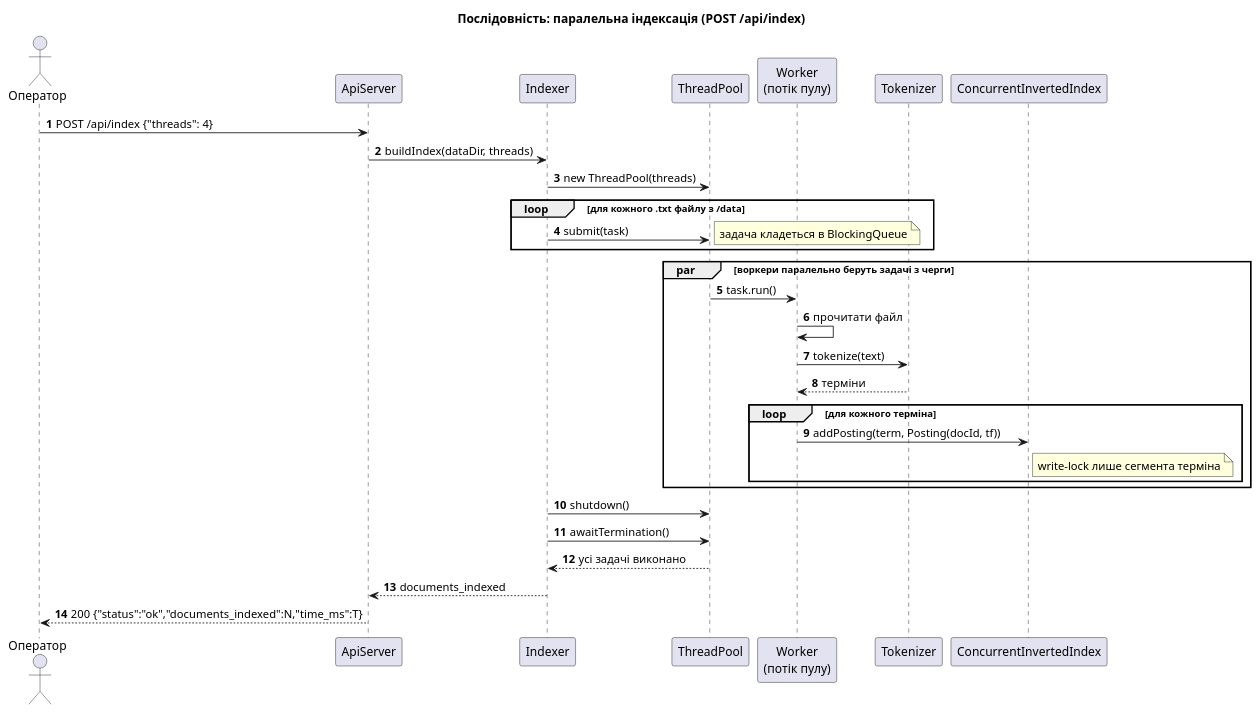
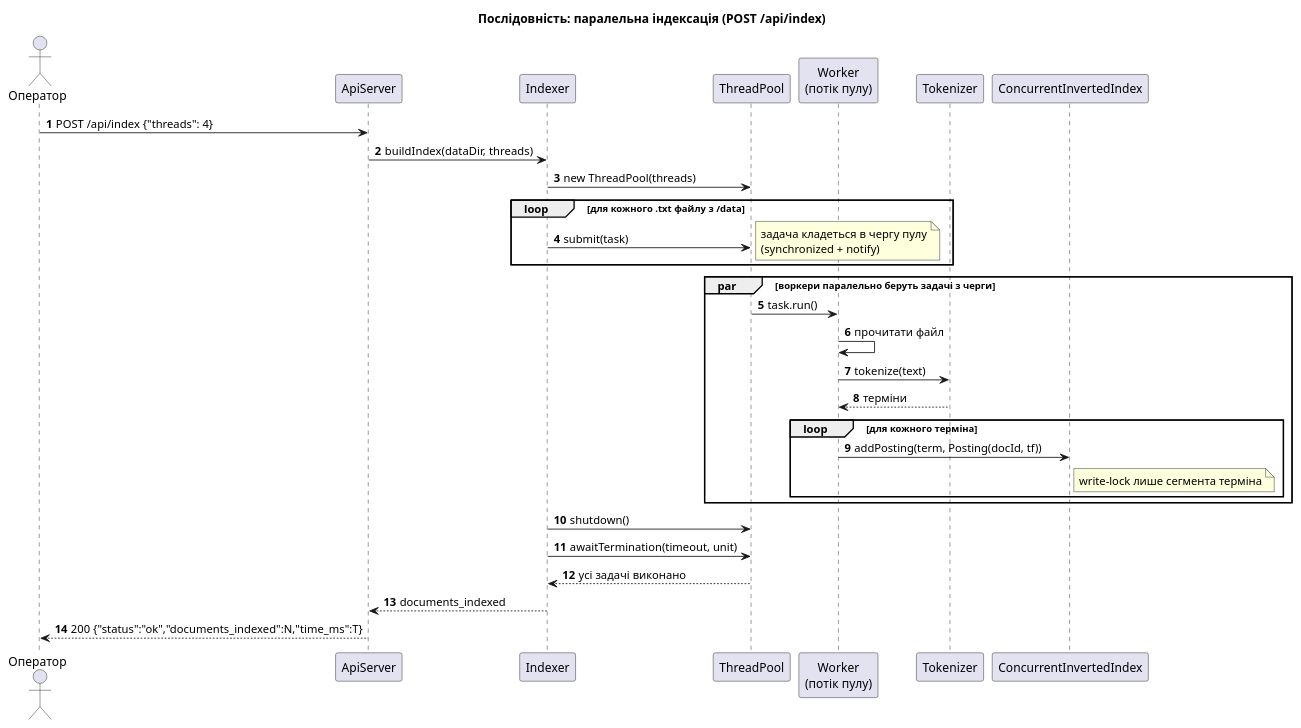
One commit to V-LP/Parallel-Computing-CW changed the diagram in docs/uml/sequence-index.puml. Above: the diagram before and after it, drawn with PlantUML. The commit also changed 1 other file, not shown here.

Commit message:
docs(uml): update ThreadPool signatures in class and index diagrams

```diff
--- a/docs/uml/sequence-index.puml
+++ b/docs/uml/sequence-index.puml
@@ -1,41 +1,41 @@
 @startuml sequence-index
 title Послідовність: паралельна індексація (POST /api/index)
 
 skinparam shadowing false
 autonumber
 
 actor "Оператор" as Operator
 participant ApiServer
 participant Indexer
 participant ThreadPool
 participant "Worker\n(потік пулу)" as Worker
 participant Tokenizer
 participant ConcurrentInvertedIndex as Index
 
 Operator -> ApiServer : POST /api/index {"threads": 4}
 ApiServer -> Indexer : buildIndex(dataDir, threads)
 Indexer -> ThreadPool : new ThreadPool(threads)
 
 loop для кожного .txt файлу з /data
   Indexer -> ThreadPool : submit(task)
-  note right : задача кладеться в BlockingQueue
+  note right : задача кладеться в чергу пулу\n(synchronized + notify)
 end
 
 par воркери паралельно беруть задачі з черги
   ThreadPool -> Worker : task.run()
   Worker -> Worker : прочитати файл
   Worker -> Tokenizer : tokenize(text)
   Tokenizer --> Worker : терміни
   loop для кожного терміна
     Worker -> Index : addPosting(term, Posting(docId, tf))
     note right of Index : write-lock лише сегмента терміна
   end
 end
 
 Indexer -> ThreadPool : shutdown()
-Indexer -> ThreadPool : awaitTermination()
+Indexer -> ThreadPool : awaitTermination(timeout, unit)
 ThreadPool --> Indexer : усі задачі виконано
 Indexer --> ApiServer : documents_indexed
 ApiServer --> Operator : 200 {"status":"ok","documents_indexed":N,"time_ms":T}
 
 @enduml
```
